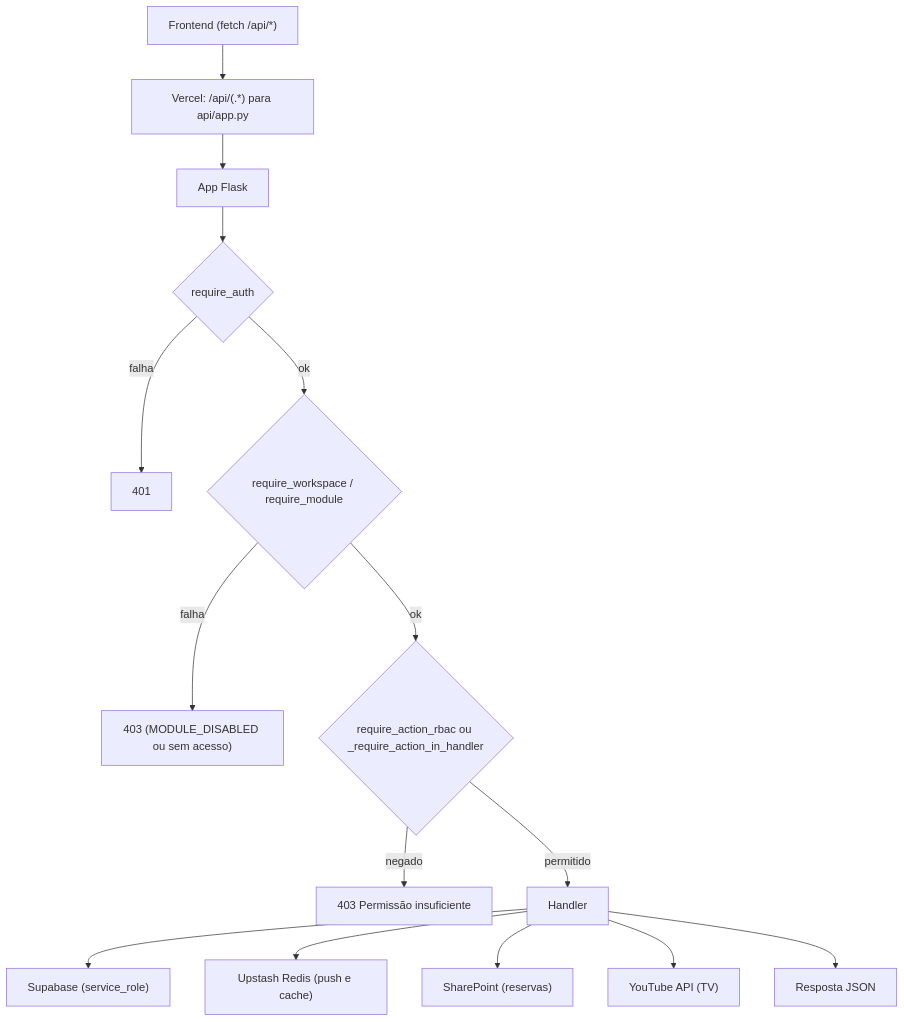
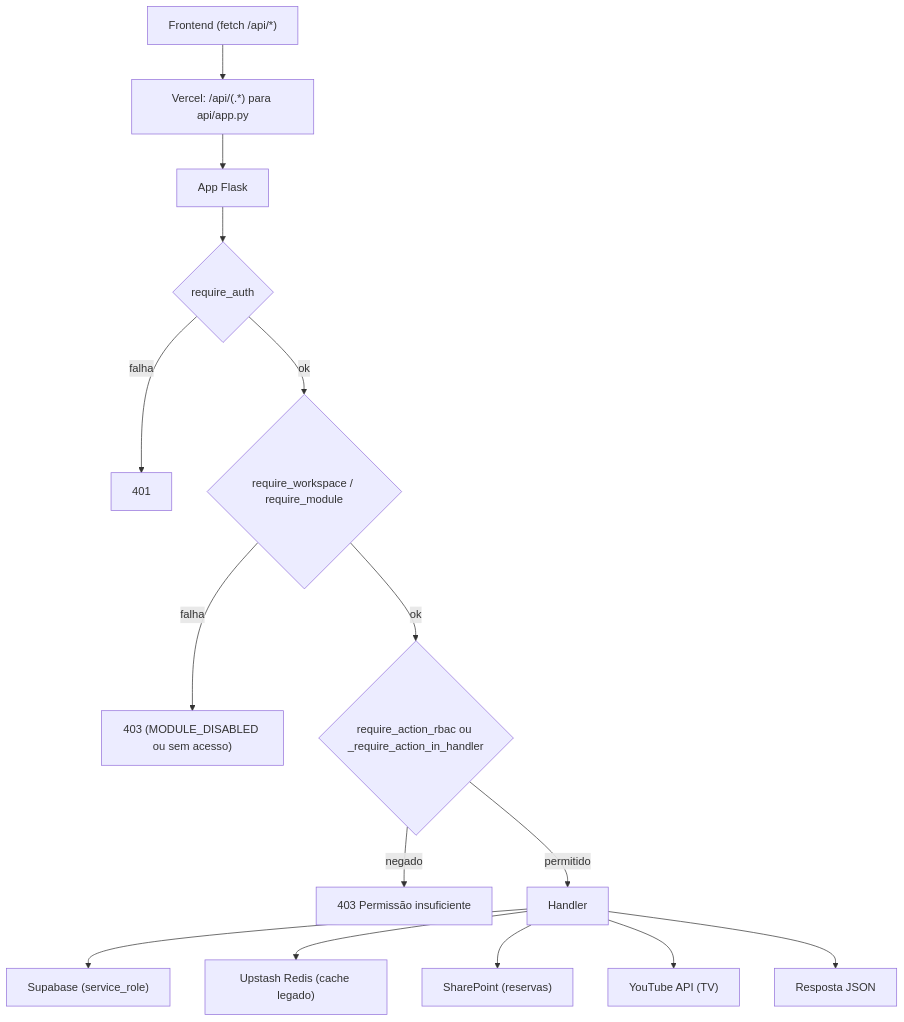
One commit to vihisantos/LabHub changed the first of 2 diagrams in docs/platform/architecture/backend.md. Above: the diagram before and after it, drawn with Mermaid. The commit also changed other lines of this file and 7 other files, not shown here.

Commit message:
docs: Remove Redis/Upstash obsoleto de lembretes e push

````diff
--- a/docs/platform/architecture/backend.md
+++ b/docs/platform/architecture/backend.md
@@ -28,17 +28,17 @@
 ```mermaid
 flowchart TD
     F["Frontend (fetch /api/*)"] --> V["Vercel: /api/(.*) para api/app.py"]
     V --> FL["App Flask"]
     FL --> A{"require_auth"}
     A -->|falha| E401["401"]
     A -->|ok| W{"require_workspace / require_module"}
     W -->|falha| E403["403 (MODULE_DISABLED ou sem acesso)"]
     W -->|ok| AC{"require_action_rbac ou _require_action_in_handler"}
     AC -->|negado| E403B["403 Permissão insuficiente"]
     AC -->|permitido| H["Handler"]
     H --> SB["Supabase (service_role)"]
-    H --> RD["Upstash Redis (push e cache)"]
+    H --> RD["Upstash Redis (cache legado)"]
     H --> SP["SharePoint (reservas)"]
     H --> YT["YouTube API (TV)"]
     H --> RESP["Resposta JSON"]
 ```
````
